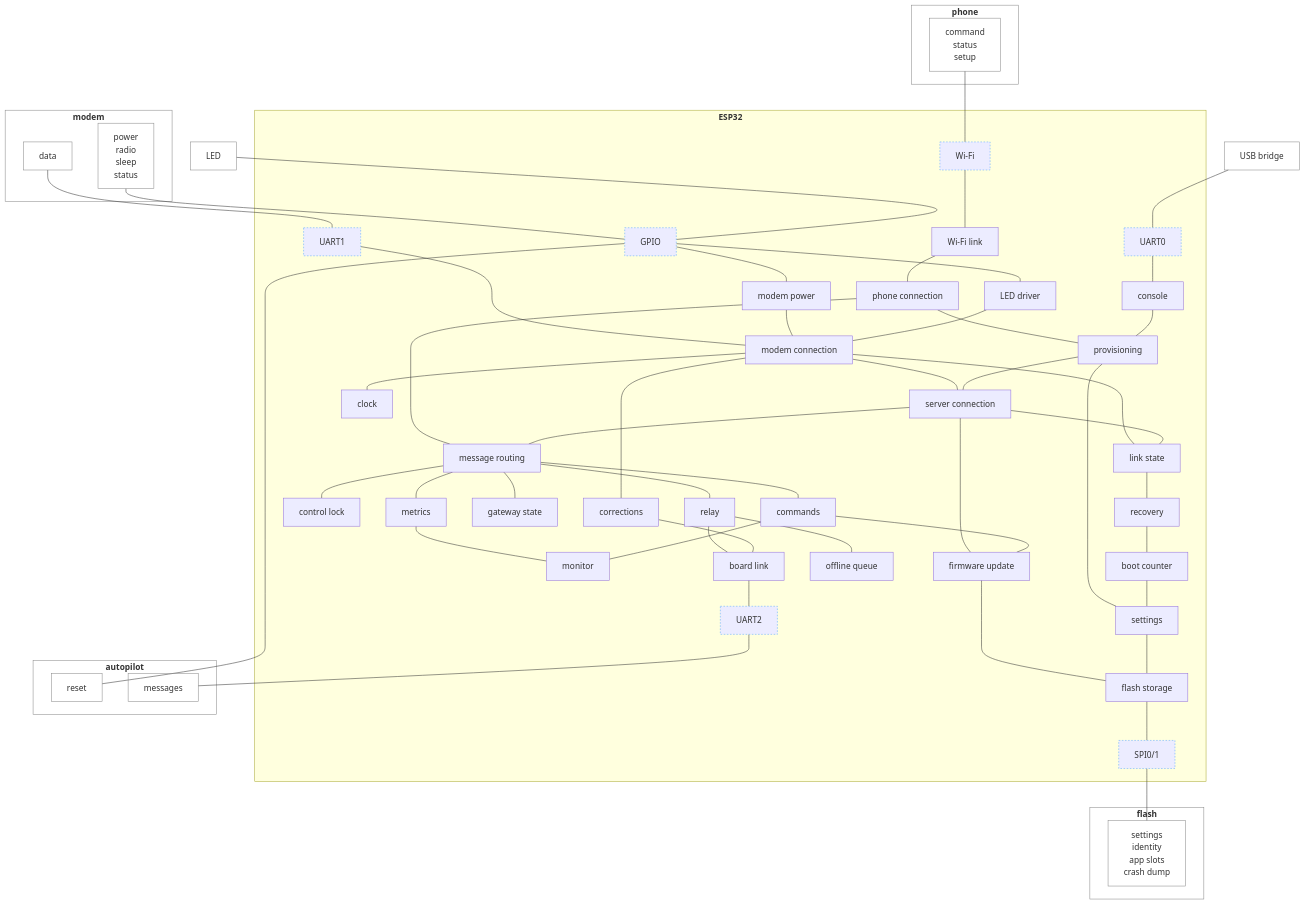
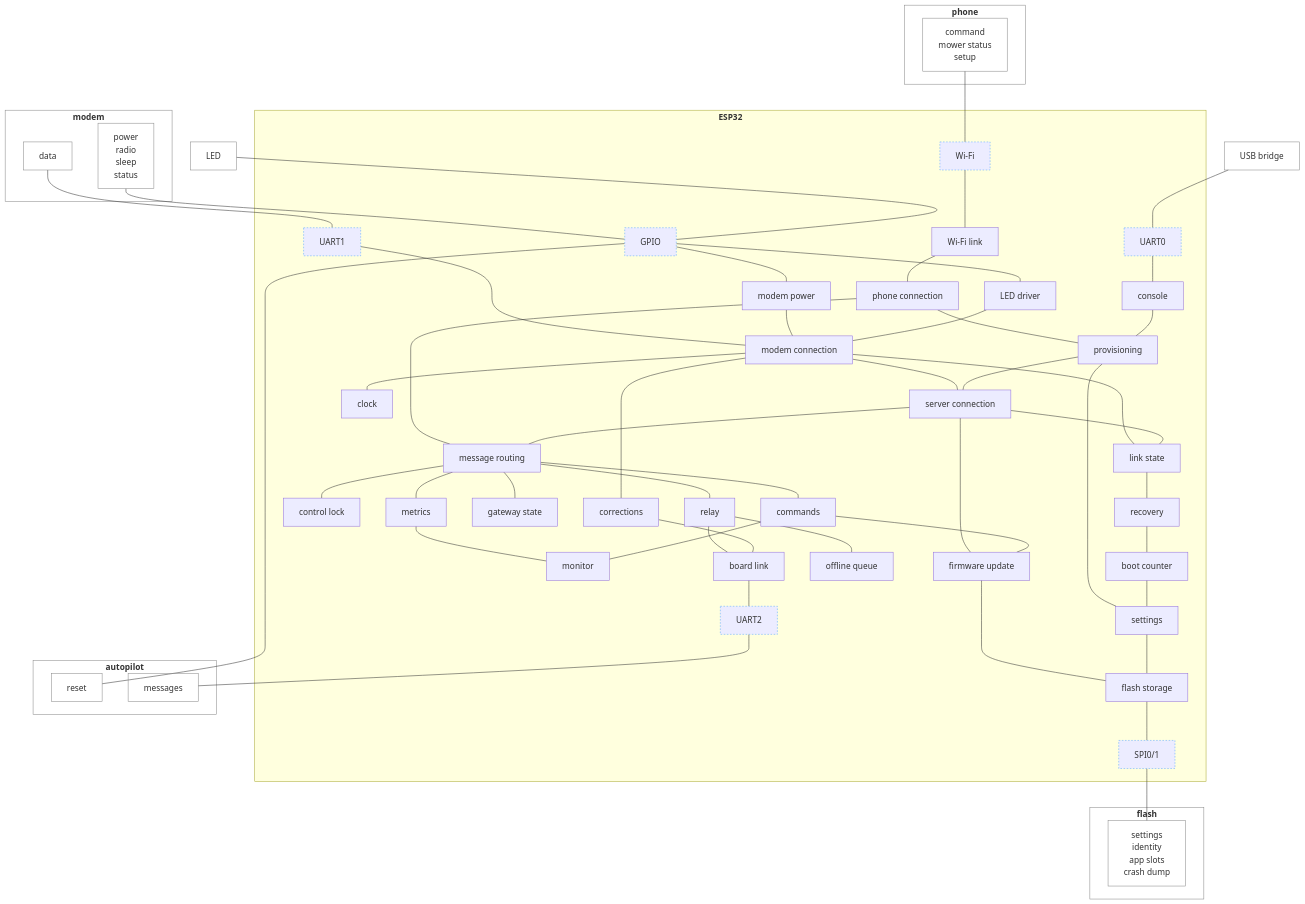
Before and after one commit to rmx-lt/rmx-mower-gateway: the diagram in .esp-architecture/diagrams/block-draft.md, drawn with Mermaid.

Commit message:
Draft: mower status on the phone

```diff
--- a/.esp-architecture/diagrams/block-draft.md
+++ b/.esp-architecture/diagrams/block-draft.md
@@ -10,7 +10,7 @@
   end
   led["LED"]
   subgraph ph["<b>phone</b>"]
-    pparts["command<br/>status<br/>setup"]
+    pparts["command<br/>mower status<br/>setup"]
   end
   usb["USB bridge"]
   subgraph cpu["<b>ESP32</b>"]
```
